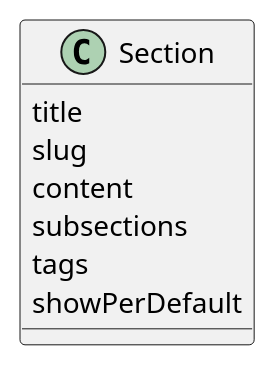
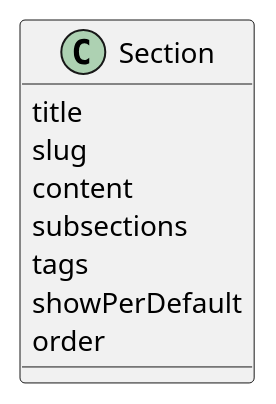
One commit to go-go-golems/glazed changed the diagram in doc/rfcs/drafts/07_2022-12-03_help-system.md. Above: the diagram before and after it, drawn with PlantUML. The commit also changed other lines of this file and 2 other files, not shown here.

````diff
--- a/doc/rfcs/drafts/07_2022-12-03_help-system.md
+++ b/doc/rfcs/drafts/07_2022-12-03_help-system.md
@@ -334,10 +381,11 @@
 ```plantuml
 class Section {
    title
    slug
    content
    subsections
    tags
    showPerDefault
+   order
 }
 ```
````
